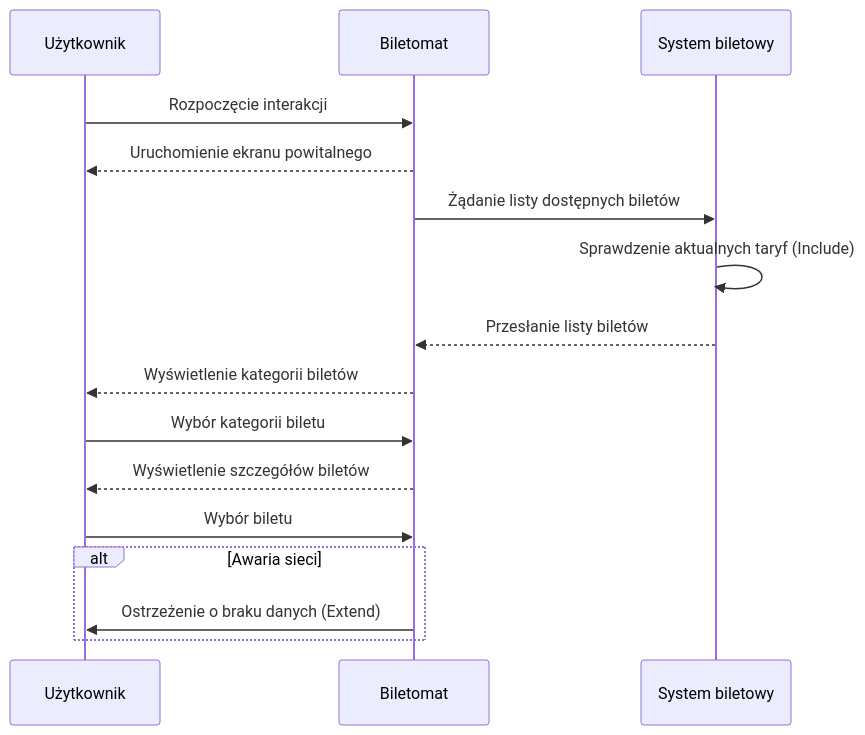
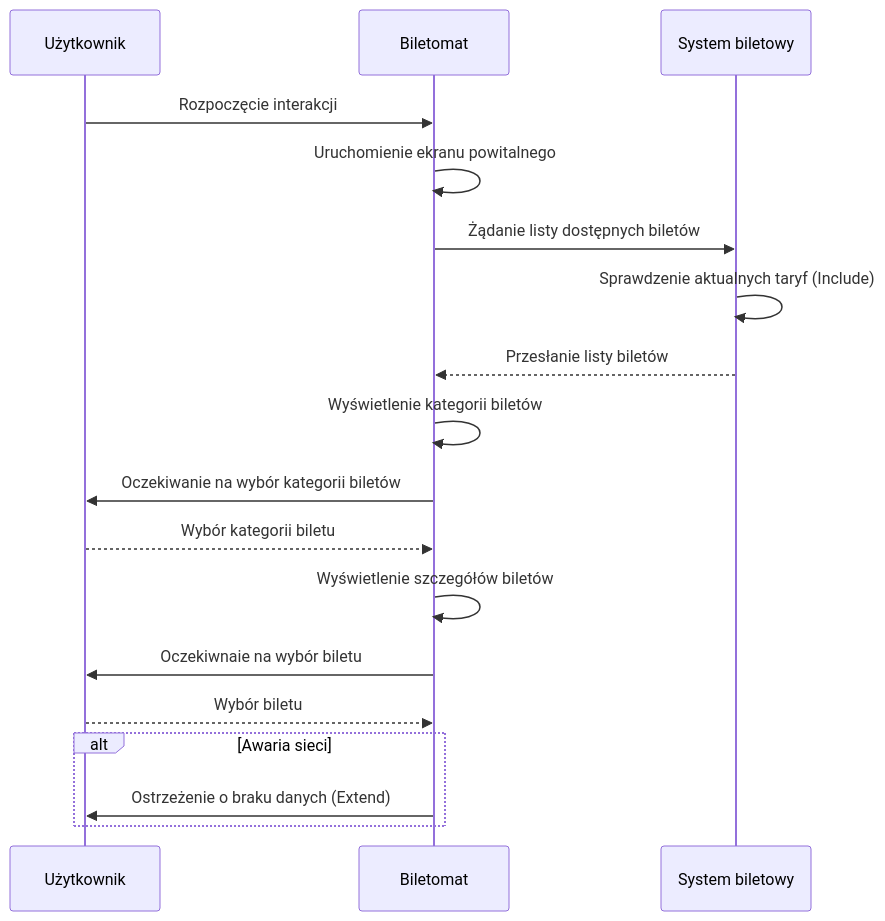
Before and after one commit to s3r10us3r/mwo_lab4: the sixth of 7 diagrams in biletomat.md, drawn with Mermaid. The commit also changed other lines of this file, not shown here.

````diff
--- a/biletomat.md
+++ b/biletomat.md
@@ -91,19 +91,21 @@
 ```mermaid
     sequenceDiagram
         participant Użytkownik as Użytkownik
         participant Biletomat as Biletomat
         participant System as System biletowy
 
         Użytkownik->>Biletomat: Rozpoczęcie interakcji
-        Biletomat-->>Użytkownik: Uruchomienie ekranu powitalnego
+        Biletomat->>Biletomat: Uruchomienie ekranu powitalnego
         Biletomat->>System: Żądanie listy dostępnych biletów
         System->>System: Sprawdzenie aktualnych taryf (Include)
         System-->>Biletomat: Przesłanie listy biletów
-        Biletomat-->>Użytkownik: Wyświetlenie kategorii biletów
-        Użytkownik->>Biletomat: Wybór kategorii biletu
-        Biletomat-->>Użytkownik: Wyświetlenie szczegółów biletów
-        Użytkownik->>Biletomat: Wybór biletu
+        Biletomat->>Biletomat: Wyświetlenie kategorii biletów
+        Biletomat->>Użytkownik: Oczekiwanie na wybór kategorii biletów
+        Użytkownik-->>Biletomat: Wybór kategorii biletu
+        Biletomat->>Biletomat: Wyświetlenie szczegółów biletów
+        Biletomat->>Użytkownik: Oczekiwnaie na wybór biletu
+        Użytkownik-->>Biletomat: Wybór biletu
         alt Awaria sieci
             Biletomat->>Użytkownik: Ostrzeżenie o braku danych (Extend)
         end
 ```
````
